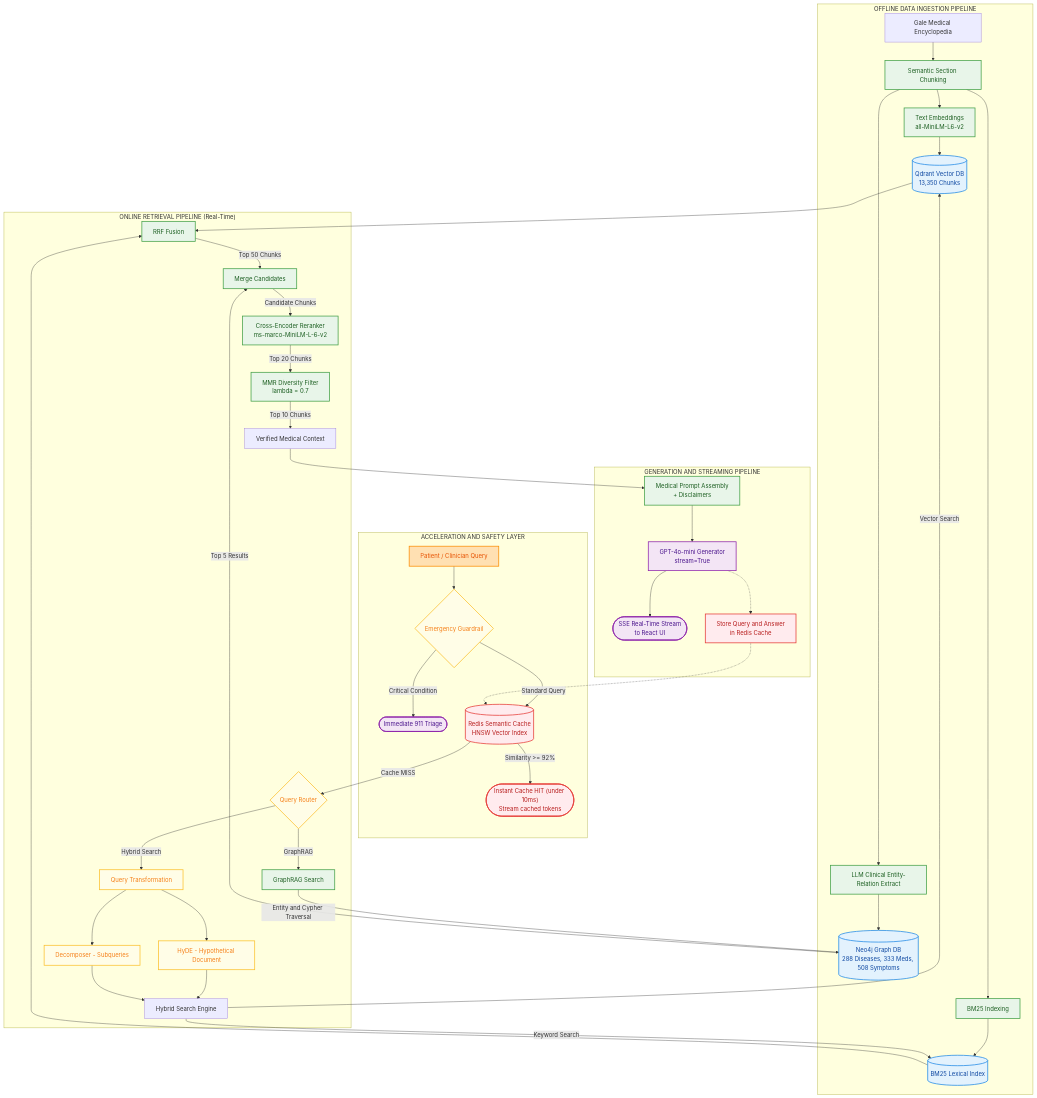
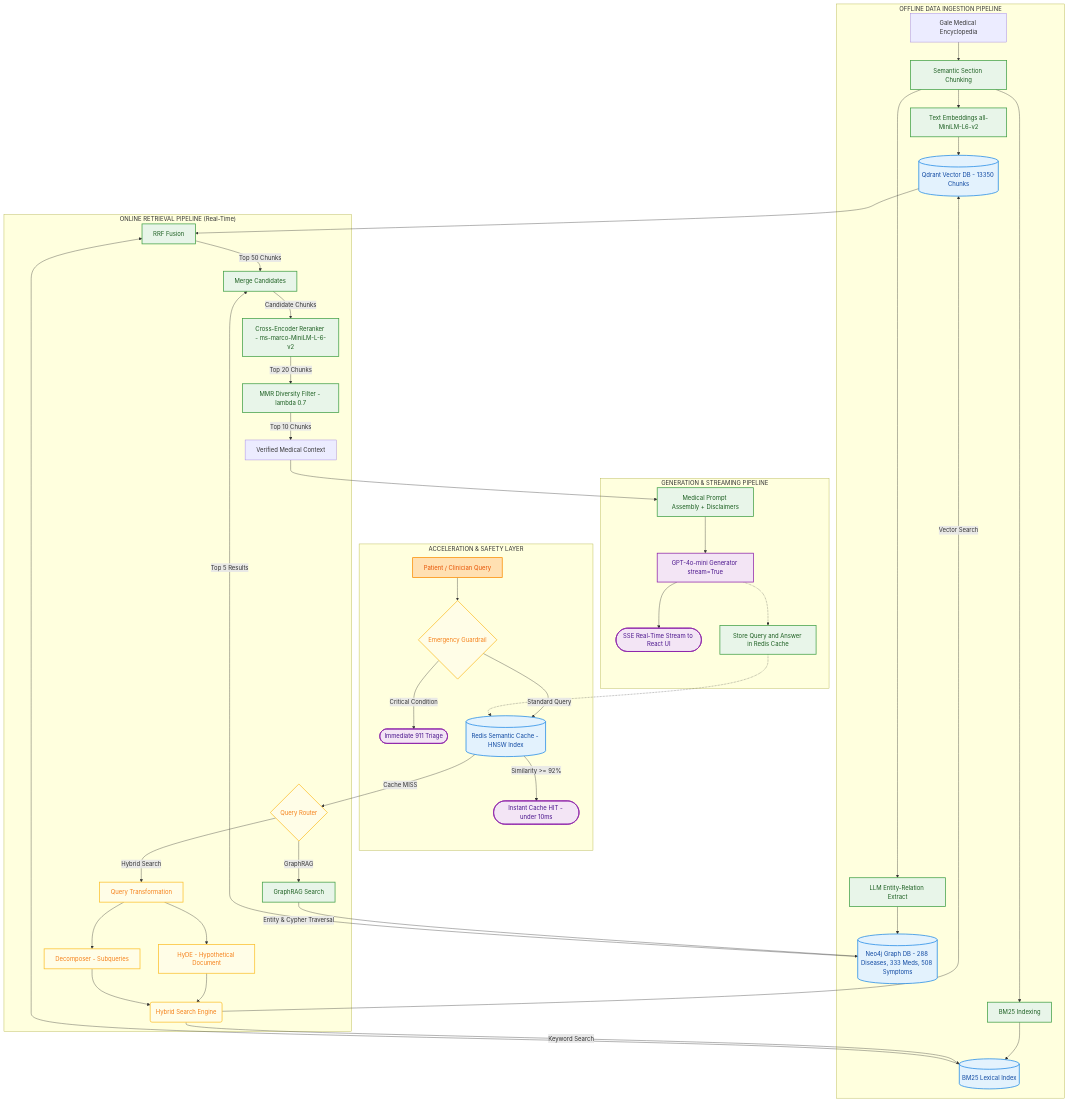
One commit to BaoNguyenz/End-to-end-Medical-Ai-Chatbox changed the diagram in README.md. Above: the diagram before and after it, drawn with Mermaid.

Commit message:
fix(docs): format Mermaid architecture to exact syntax standards of main branch

````diff
--- a/README.md
+++ b/README.md
@@ -50,75 +50,67 @@
 ```mermaid
 flowchart TD
     %% Theme Styling
     classDef storage fill:#e3f2fd,stroke:#1e88e5,stroke-width:2px,color:#0d47a1;
     classDef action fill:#e8f5e9,stroke:#43a047,stroke-width:2px,color:#1b5e20;
     classDef routing fill:#fffde7,stroke:#fbc02d,stroke-width:2px,color:#f57f17;
     classDef input fill:#ffe0b2,stroke:#fb8c00,stroke-width:2px,color:#e65100;
     classDef output fill:#f3e5f5,stroke:#8e24aa,stroke-width:2px,color:#4a148c;
-    classDef cache fill:#ffebee,stroke:#e53935,stroke-width:2px,color:#b71c1c;
 
     subgraph INGESTION ["OFFLINE DATA INGESTION PIPELINE"]
-        Docs["Gale Medical Encyclopedia"] --> Chunk["Semantic Section Chunking"]
+        Docs[Gale Medical Encyclopedia] --> Chunk[Semantic Section Chunking]
         
         %% Vector & BM25
-        Chunk --> Embed["Text Embeddings<br/>all-MiniLM-L6-v2"]
-        Embed --> VecDB[("Qdrant Vector DB<br/>13,350 Chunks")]
-        Chunk --> BuildBM25["BM25 Indexing"]
-        BuildBM25 --> BM25DB[("BM25 Lexical Index")]
+        Chunk --> Embed[Text Embeddings all-MiniLM-L6-v2] --> VecDB[(Qdrant Vector DB - 13350 Chunks)]
+        Chunk --> BuildBM25[BM25 Indexing] --> BM25DB[(BM25 Lexical Index)]
         
         %% GraphRAG
-        Chunk --> GraphExtract["LLM Clinical Entity-Relation Extract"]
-        GraphExtract --> KgDB[("Neo4j Graph DB<br/>288 Diseases, 333 Meds, 508 Symptoms")]
+        Chunk --> GraphExtract[LLM Entity-Relation Extract] --> GraphDB[(Neo4j Graph DB - 288 Diseases, 333 Meds, 508 Symptoms)]
     end
 
-    subgraph CACHING ["ACCELERATION AND SAFETY LAYER"]
-        Q["Patient / Clinician Query"] --> Safety{"Emergency Guardrail"}
-        Safety -->|Critical Condition| EmergAns(["Immediate 911 Triage"])
-        Safety -->|Standard Query| RedisCache[("Redis Semantic Cache<br/>HNSW Vector Index")]
-        RedisCache -->|Similarity >= 92%| CacheHit(["Instant Cache HIT (under 10ms)<br/>Stream cached tokens"])
+    subgraph CACHING ["ACCELERATION & SAFETY LAYER"]
+        Q[Patient / Clinician Query] --> Safety{Emergency Guardrail}
+        Safety -- "Critical Condition" --> EmergAns([Immediate 911 Triage])
+        Safety -- "Standard Query" --> RedisCache[(Redis Semantic Cache - HNSW Index)]
+        RedisCache -- "Similarity >= 92%" --> CacheHit([Instant Cache HIT - under 10ms])
     end
 
     subgraph RETRIEVAL ["ONLINE RETRIEVAL PIPELINE (Real-Time)"]
-        RedisCache -->|Cache MISS| Router{"Query Router"}
+        RedisCache -- "Cache MISS" --> Router{Query Router}
         
         %% Vector / Hybrid
-        Router -->|Hybrid Search| QTrans["Query Transformation"]
-        QTrans --> HyDE["HyDE - Hypothetical Document"]
-        QTrans --> Decompose["Decomposer - Subqueries"]
+        Router -- "Hybrid Search" --> QTrans[Query Transformation]
+        QTrans --> HyDE[HyDE - Hypothetical Document]
+        QTrans --> Decompose[Decomposer - Subqueries]
         
-        HyDE --> SearchEngine["Hybrid Search Engine"]
-        Decompose --> SearchEngine
-        SearchEngine -->|Vector Search| VecDB
-        SearchEngine -->|Keyword Search| BM25DB
+        HyDE & Decompose --> SearchEngine(Hybrid Search Engine)
+        SearchEngine --> |Vector Search| VecDB
+        SearchEngine --> |Keyword Search| BM25DB
         
         %% Merging & Reranking
-        VecDB --> RRF["RRF Fusion"]
-        BM25DB --> RRF
-        RRF -->|Top 50 Chunks| Merge["Merge Candidates"]
+        VecDB & BM25DB --> RRF[RRF Fusion]
+        RRF --> |Top 50 Chunks| Merge[Merge Candidates]
 
         %% GraphRAG
-        Router -->|GraphRAG| GraphSearch["GraphRAG Search"]
-        GraphSearch -->|Entity and Cypher Traversal| KgDB
-        KgDB -->|Top 5 Results| Merge
+        Router -- "GraphRAG" --> GraphSearch[GraphRAG Search]
+        GraphSearch --> |Entity & Cypher Traversal| GraphDB
+        GraphDB --> |Top 5 Results| Merge
 
         %% Post-Retrieval Pipeline
-        Merge -->|Candidate Chunks| Rerank["Cross-Encoder Reranker<br/>ms-marco-MiniLM-L-6-v2"]
-        Rerank -->|Top 20 Chunks| MMR["MMR Diversity Filter<br/>lambda = 0.7"]
-        MMR -->|Top 10 Chunks| Context["Verified Medical Context"]
+        Merge --> |Candidate Chunks| Rerank[Cross-Encoder Reranker - ms-marco-MiniLM-L-6-v2]
+        Rerank --> |Top 20 Chunks| MMR[MMR Diversity Filter - lambda 0.7]
+        MMR --> |Top 10 Chunks| Context[Verified Medical Context]
     end
 
-    subgraph GENERATION ["GENERATION AND STREAMING PIPELINE"]
-        Context --> Assemble["Medical Prompt Assembly<br/>+ Disclaimers"]
-        Assemble --> LLM["GPT-4o-mini Generator<br/>stream=True"]
-        LLM --> StreamToken(["SSE Real-Time Stream<br/>to React UI"])
-        LLM -.-> StoreCache["Store Query and Answer<br/>in Redis Cache"]
-        StoreCache -.-> RedisCache
+    subgraph GENERATION ["GENERATION & STREAMING PIPELINE"]
+        Context --> Assemble[Medical Prompt Assembly + Disclaimers]
+        Assemble --> LLM[GPT-4o-mini Generator stream=True]
+        LLM --> StreamToken([SSE Real-Time Stream to React UI])
+        LLM -.-> StoreCache[Store Query and Answer in Redis Cache] -.-> RedisCache
     end
 
-    class VecDB,BM25DB,KgDB storage;
-    class RedisCache,CacheHit,StoreCache cache;
-    class Chunk,Embed,BuildBM25,GraphExtract,RRF,Rerank,MMR,GraphSearch,Assemble,Merge action;
-    class Router,QTrans,HyDE,Decompose,Safety routing;
+    class VecDB,BM25DB,GraphDB,RedisCache storage;
+    class Chunk,Embed,BuildBM25,GraphExtract,RRF,Rerank,MMR,GraphSearch,Assemble,Merge,StoreCache action;
+    class Router,QTrans,HyDE,Decompose,Safety,SearchEngine routing;
     class Q input;
-    class LLM,EmergAns,StreamToken output;
+    class LLM,EmergAns,CacheHit,StreamToken output;
 ```
````
